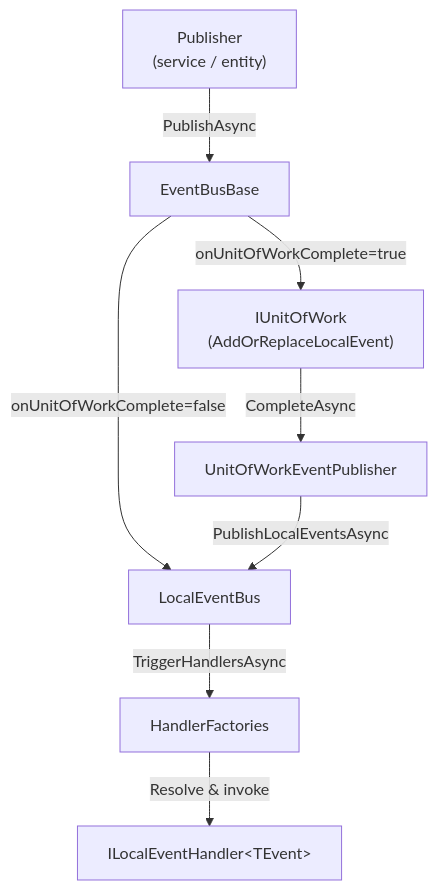
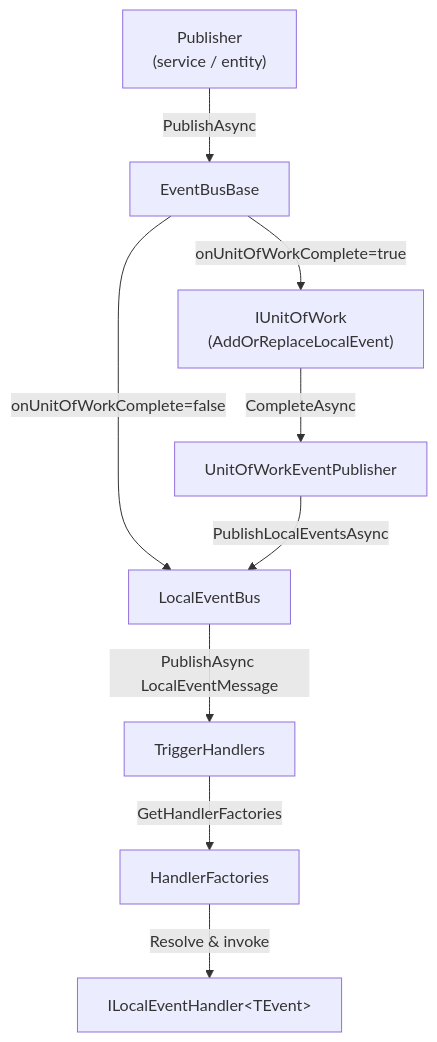
One commit to mintlify-atlas/docs-wiki-a1b1ff33 changed the diagram in event-bus/local-event-bus.mdx. Above: the diagram before and after it, drawn with Mermaid. The commit also changed other lines of this file and 51 other files, not shown here.

````diff
--- a/event-bus/local-event-bus.mdx
+++ b/event-bus/local-event-bus.mdx
@@ -11,10 +11,11 @@
 ```mermaid
 flowchart TD
     Publisher["Publisher\n(service / entity)"] -->|PublishAsync| EventBusBase
     EventBusBase -->|onUnitOfWorkComplete=true| UoW["IUnitOfWork\n(AddOrReplaceLocalEvent)"]
     EventBusBase -->|onUnitOfWorkComplete=false| LocalEventBus
     UoW -->|CompleteAsync| UoWEventPublisher["UnitOfWorkEventPublisher"]
     UoWEventPublisher -->|PublishLocalEventsAsync| LocalEventBus
-    LocalEventBus -->|TriggerHandlersAsync| HandlerFactories
+    LocalEventBus -->|PublishAsync LocalEventMessage| TriggerHandlers
+    TriggerHandlers -->|GetHandlerFactories| HandlerFactories
     HandlerFactories -->|Resolve & invoke| Handlers["ILocalEventHandler&lt;TEvent&gt;"]
 ```
````
